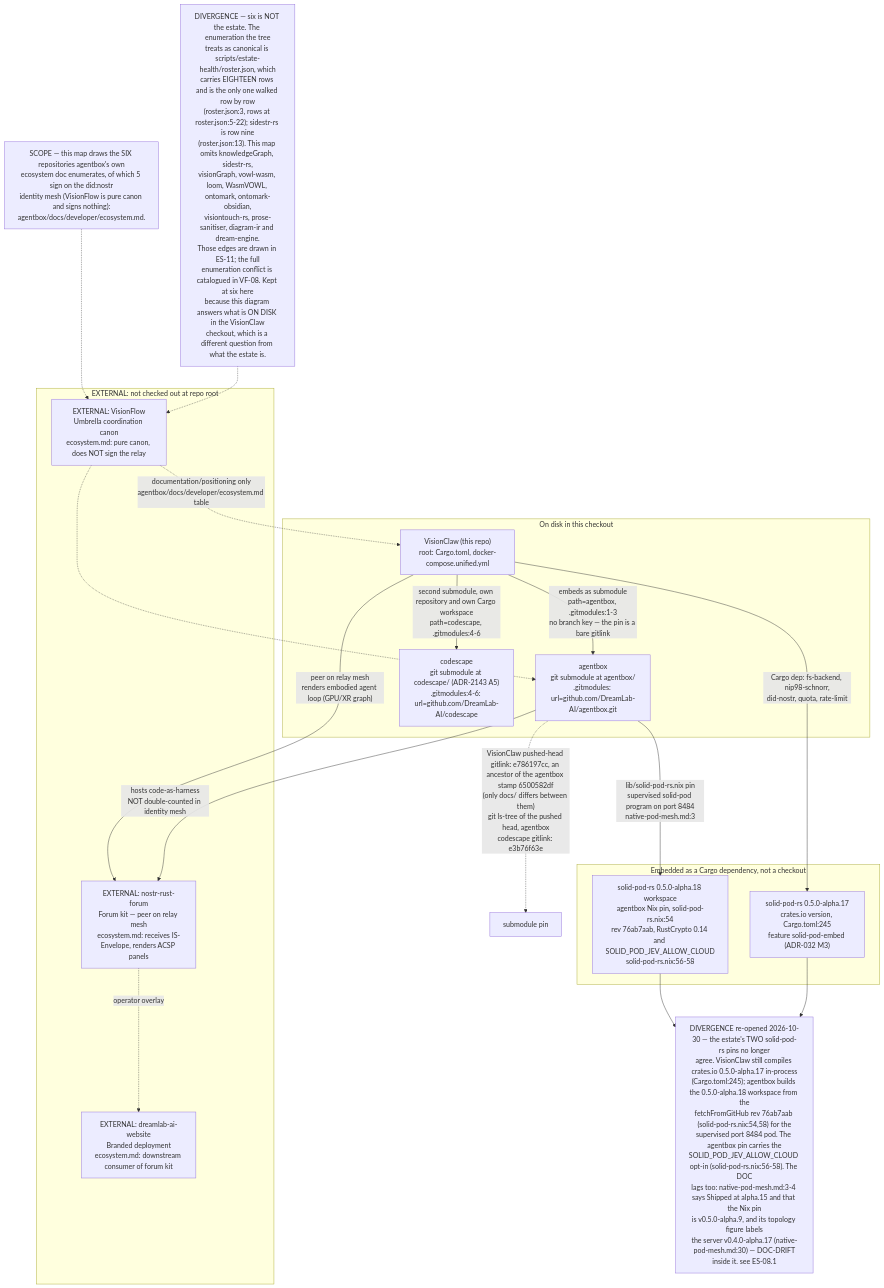
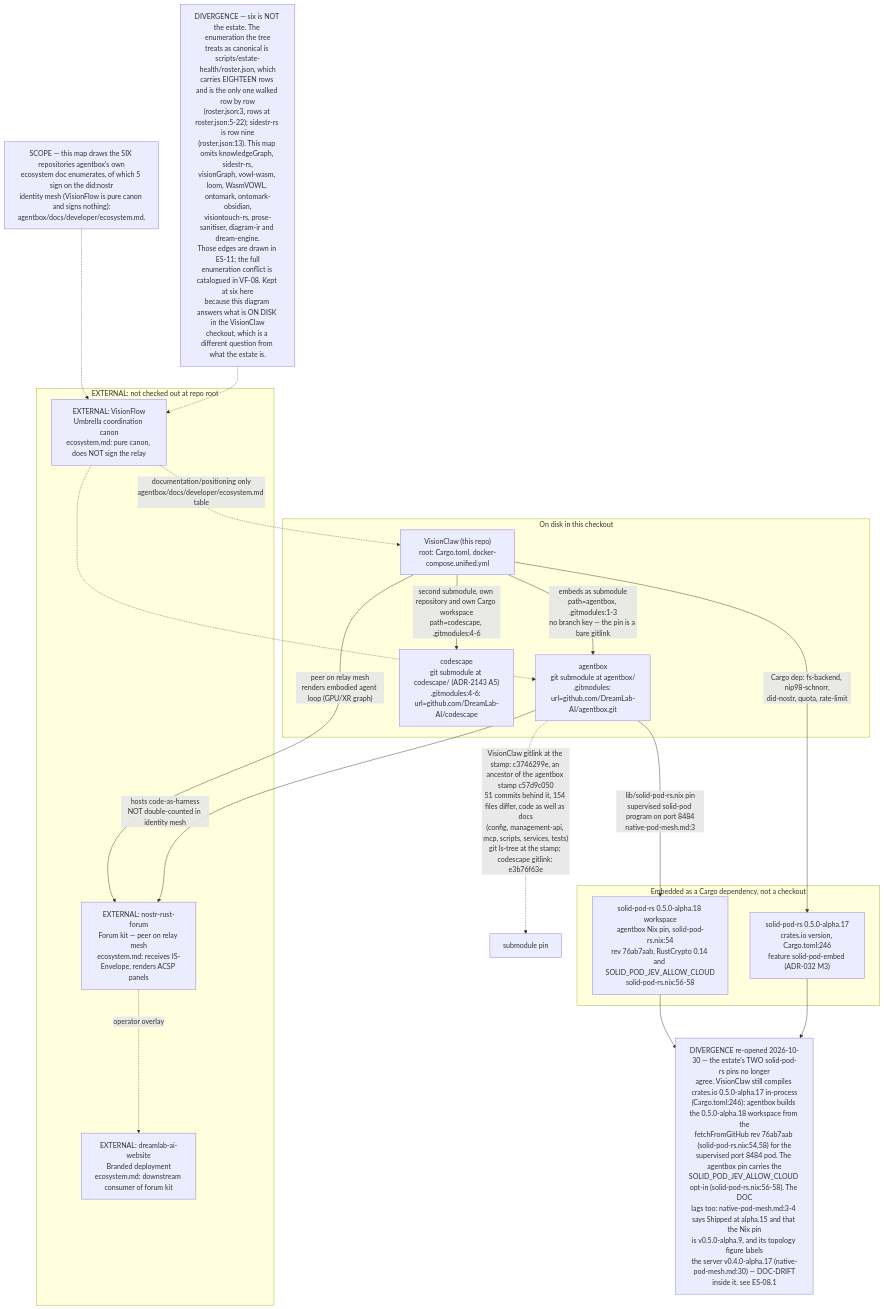
Before and after one commit to DreamLab-AI/VisionFlow: the first of 8 diagrams in docs/diagrams/estate/01-estate-topology.md, drawn with Mermaid. The commit also changed other lines of this file and 91 other files, not shown here.

First line of the commit message:
docs(audit): estate audit wave 2, every repository except agentbox and VisionClaw

````diff
--- a/docs/diagrams/estate/01-estate-topology.md
+++ b/docs/diagrams/estate/01-estate-topology.md
@@ -60,38 +63,38 @@
 ```mermaid
 flowchart TB
     subgraph ONDISK["On disk in this checkout"]
         VC["VisionClaw (this repo)<br/>root: Cargo.toml, docker-compose.unified.yml"]
         AB["agentbox<br/>git submodule at agentbox/<br/>.gitmodules: url=github.com/DreamLab-AI/agentbox.git"]
         CS["codescape<br/>git submodule at codescape/ (ADR-2143 A5)<br/>.gitmodules:4-6: url=github.com/DreamLab-AI/codescape"]
     end
     VC -->|"embeds as submodule<br/>path=agentbox, .gitmodules:1-3<br/>no branch key — the pin is a bare gitlink"| AB
     VC -->|"second submodule, own repository and own Cargo workspace<br/>path=codescape, .gitmodules:4-6"| CS
-    AB -.->|"VisionClaw pushed-head gitlink: e786197cc, an ancestor of the agentbox stamp 6500582df<br/>(only docs/ differs between them)<br/>git ls-tree of the pushed head, agentbox<br/>codescape gitlink: e3b76f63e"| ABPIN["submodule pin"]
+    AB -.->|"VisionClaw gitlink at the stamp: c3746299e, an ancestor of the agentbox stamp c57d9c050<br/>51 commits behind it, 154 files differ, code as well as docs<br/>(config, management-api, mcp, scripts, services, tests)<br/>git ls-tree at the stamp; codescape gitlink: e3b76f63e"| ABPIN["submodule pin"]
 
     subgraph CRATE["Embedded as a Cargo dependency, not a checkout"]
-        SPR["solid-pod-rs 0.5.0-alpha.17<br/>crates.io version, Cargo.toml:245<br/>feature solid-pod-embed (ADR-032 M3)"]
+        SPR["solid-pod-rs 0.5.0-alpha.17<br/>crates.io version, Cargo.toml:246<br/>feature solid-pod-embed (ADR-032 M3)"]
         SPRN["solid-pod-rs 0.5.0-alpha.18 workspace<br/>agentbox Nix pin, solid-pod-rs.nix:54<br/>rev 76ab7aab, RustCrypto 0.14 and SOLID_POD_JEV_ALLOW_CLOUD<br/>solid-pod-rs.nix:56-58"]
     end
     VC -->|"Cargo dep: fs-backend, nip98-schnorr,<br/>did-nostr, quota, rate-limit"| SPR
     AB -->|"lib/solid-pod-rs.nix pin<br/>supervised solid-pod program on port 8484<br/>native-pod-mesh.md:3"| SPRN
 
-    DIVSP["DIVERGENCE re-opened 2026-10-30 — the estate's TWO solid-pod-rs pins no longer<br/>agree. VisionClaw still compiles crates.io 0.5.0-alpha.17 in-process<br/>(Cargo.toml:245); agentbox builds the 0.5.0-alpha.18 workspace from the<br/>fetchFromGitHub rev 76ab7aab (solid-pod-rs.nix:54,58) for the<br/>supervised port 8484 pod. The agentbox pin carries the<br/>SOLID_POD_JEV_ALLOW_CLOUD opt-in (solid-pod-rs.nix:56-58). The DOC<br/>lags too: native-pod-mesh.md:3-4 says Shipped at alpha.15 and that the Nix pin<br/>is v0.5.0-alpha.9, and its topology figure labels<br/>the server v0.4.0-alpha.17 (native-pod-mesh.md:30) — DOC-DRIFT<br/>inside it. see ES-08.1"]
+    DIVSP["DIVERGENCE re-opened 2026-10-30 — the estate's TWO solid-pod-rs pins no longer<br/>agree. VisionClaw still compiles crates.io 0.5.0-alpha.17 in-process<br/>(Cargo.toml:246); agentbox builds the 0.5.0-alpha.18 workspace from the<br/>fetchFromGitHub rev 76ab7aab (solid-pod-rs.nix:54,58) for the<br/>supervised port 8484 pod. The agentbox pin carries the<br/>SOLID_POD_JEV_ALLOW_CLOUD opt-in (solid-pod-rs.nix:56-58). The DOC<br/>lags too: native-pod-mesh.md:3-4 says Shipped at alpha.15 and that the Nix pin<br/>is v0.5.0-alpha.9, and its topology figure labels<br/>the server v0.4.0-alpha.17 (native-pod-mesh.md:30) — DOC-DRIFT<br/>inside it. see ES-08.1"]
     SPRN --> DIVSP
     SPR --> DIVSP
 
     subgraph EXTERNAL1["EXTERNAL: not checked out at repo root"]
         VF["EXTERNAL: VisionFlow<br/>Umbrella coordination canon<br/>ecosystem.md: pure canon, does NOT sign the relay"]
         NRF["EXTERNAL: nostr-rust-forum<br/>Forum kit — peer on relay mesh<br/>ecosystem.md: receives IS-Envelope, renders ACSP panels"]
         DAW["EXTERNAL: dreamlab-ai-website<br/>Branded deployment<br/>ecosystem.md: downstream consumer of forum kit"]
     end
     VC -->|"peer on relay mesh<br/>renders embodied agent loop (GPU/XR graph)"| NRF
     AB -->|"hosts code-as-harness<br/>NOT double-counted in identity mesh"| NRF
     NRF -.->|"operator overlay"| DAW
     VF -.->|"documentation/positioning only<br/>agentbox/docs/developer/ecosystem.md table"| VC
     VF -.-> AB
 
     NOTE1["SCOPE — this map draws the SIX repositories agentbox's own<br/>ecosystem doc enumerates, of which 5 sign on the did:nostr<br/>identity mesh (VisionFlow is pure canon and signs nothing):<br/>agentbox/docs/developer/ecosystem.md."]
     NOTE2["DIVERGENCE — six is NOT the estate. The enumeration the tree<br/>treats as canonical is scripts/estate-health/roster.json, which<br/>carries EIGHTEEN rows and is the only one walked row by row<br/>(roster.json:3, rows at roster.json:5-22); sidestr-rs is row nine<br/>(roster.json:13). This map omits knowledgeGraph, sidestr-rs,<br/>visionGraph, vowl-wasm, loom, WasmVOWL, ontomark, ontomark-obsidian,<br/>visiontouch-rs, prose-sanitiser, diagram-ir and dream-engine.<br/>Those edges are drawn in ES-11; the full<br/>enumeration conflict is catalogued in VF-08. Kept at six here<br/>because this diagram answers what is ON DISK in the VisionClaw<br/>checkout, which is a different question from what the estate is."]
     NOTE1 -.-> VF
     NOTE2 -.-> VF
 ```
````
